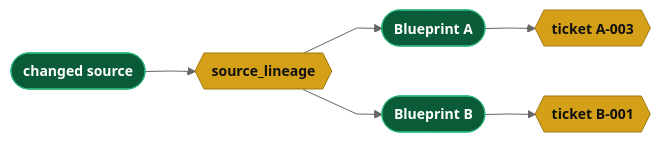
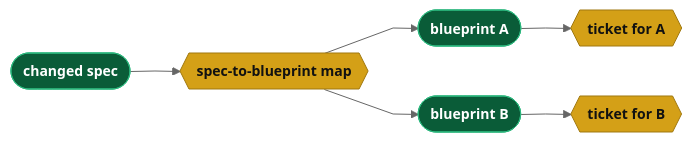
One commit to webcloudstudio/Drydock changed the third of 3 diagrams in docs/papers/SDD_Optimal_Path_to_Managing_Changed_Specifications.md. Above: the diagram before and after it, drawn with Mermaid. The commit also changed other lines of this file and 2 other files, not shown here.

````diff
--- a/docs/papers/SDD_Optimal_Path_to_Managing_Changed_Specifications.md
+++ b/docs/papers/SDD_Optimal_Path_to_Managing_Changed_Specifications.md
@@ -170,21 +152,21 @@
 ```mermaid
 %%{init: {'theme': 'neutral', 'flowchart': {'curve': 'linear'}, 'themeVariables': {'fontSize': '14px'}}}%%
 flowchart LR
   classDef dir    fill:#0a5c38,stroke:#2cb67d,color:#fff,font-weight:bold
   classDef md     fill:#d4a017,stroke:#a07810,color:#111,font-weight:bold
   classDef script fill:#1e40af,stroke:#3b5fc0,color:#fff,font-weight:bold
   classDef prompt fill:#c2410c,stroke:#ea580c,color:#fff,font-weight:bold
   classDef output fill:#6d28d9,stroke:#8b5cf6,color:#fff,font-weight:bold
   classDef web    fill:#be123c,stroke:#fb7185,color:#fff,font-weight:bold
 
-  CHG(["changed source"]):::dir
-  LIN{{"source_lineage"}}:::md
-  BP1(["Blueprint A"]):::dir
-  BP2(["Blueprint B"]):::dir
-  T1{{"ticket A-003"}}:::md
-  T2{{"ticket B-001"}}:::md
+  CHG(["changed spec"]):::dir
+  MAP{{"spec-to-blueprint map"}}:::md
+  BP1(["blueprint A"]):::dir
+  BP2(["blueprint B"]):::dir
+  T1{{"ticket for A"}}:::md
+  T2{{"ticket for B"}}:::md
 
-  CHG --> LIN
-  LIN --> BP1 --> T1
-  LIN --> BP2 --> T2
+  CHG --> MAP
+  MAP --> BP1 --> T1
+  MAP --> BP2 --> T2
 ```
````
